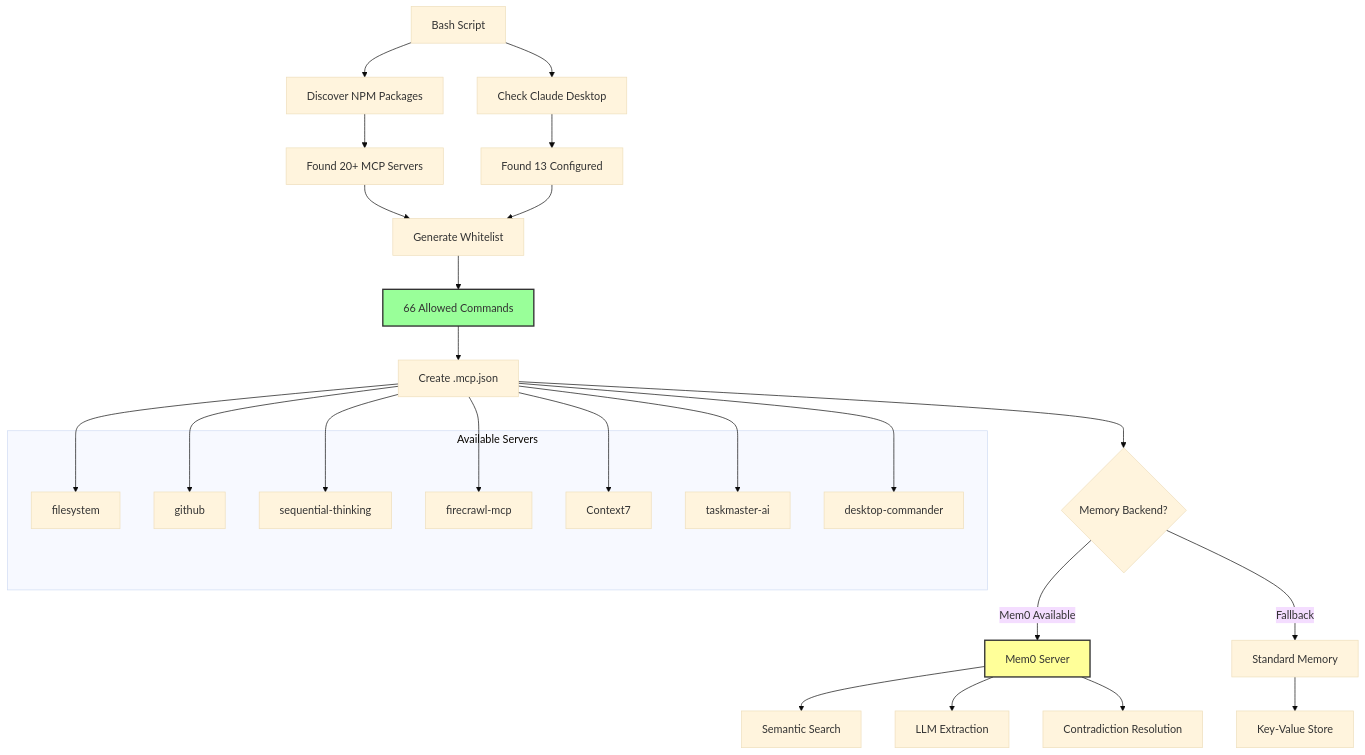
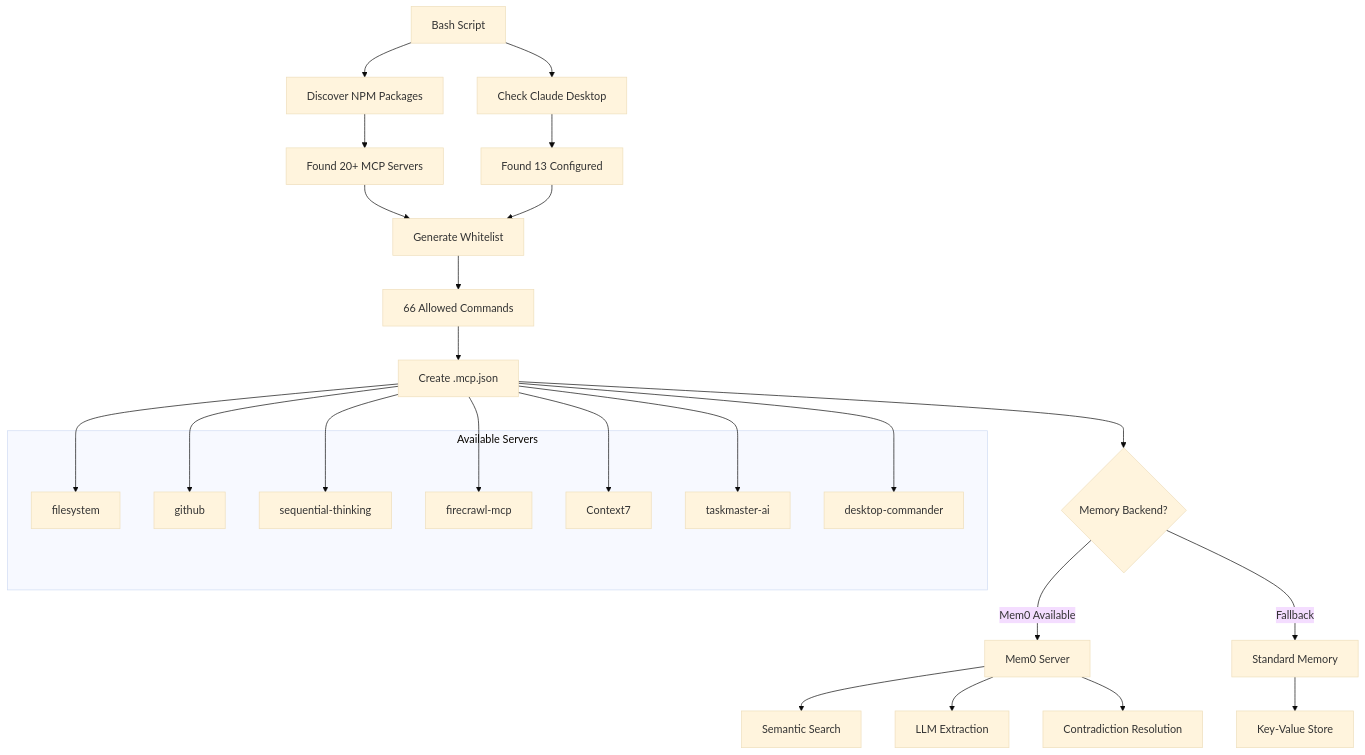
One commit to krzemienski/enhanced-claude-code changed the fifth of 6 diagrams in README.md. Above: the diagram before and after it, drawn with Mermaid (base theme). The commit also changed other lines of this file, not shown here.

First line of the commit message:
fix: Simplify all Mermaid diagrams for GitHub compatibility

````diff
--- a/README.md
+++ b/README.md
@@ -276,46 +263,43 @@
 ```mermaid
-graph TB
+flowchart TB
     A[Bash Script] --> B[Discover NPM Packages]
     A --> C[Check Claude Desktop]
     
     B --> D[Found 20+ MCP Servers]
     C --> E[Found 13 Configured]
     
     D --> F[Generate Whitelist]
     E --> F
     
     F --> G[66 Allowed Commands]
     
     G --> H[Create .mcp.json]
     
     H --> I{Memory Backend?}
     I -->|Mem0 Available| J[Mem0 Server]
     I -->|Fallback| K[Standard Memory]
     
     J --> L[Semantic Search]
     J --> M[LLM Extraction]
     J --> N[Contradiction Resolution]
     
     K --> O[Key-Value Store]
     
     subgraph Servers[Available Servers]
         P[filesystem]
         Q[github]
         R[sequential-thinking]
         S[firecrawl-mcp]
         T[Context7]
         U[taskmaster-ai]
         V[desktop-commander]
     end
     
     H --> P
     H --> Q
     H --> R
     H --> S
     H --> T
     H --> U
     H --> V
-    
-    style J fill:#ff9,stroke:#333,stroke-width:2px
-    style G fill:#9f9,stroke:#333,stroke-width:2px
 ```
````
